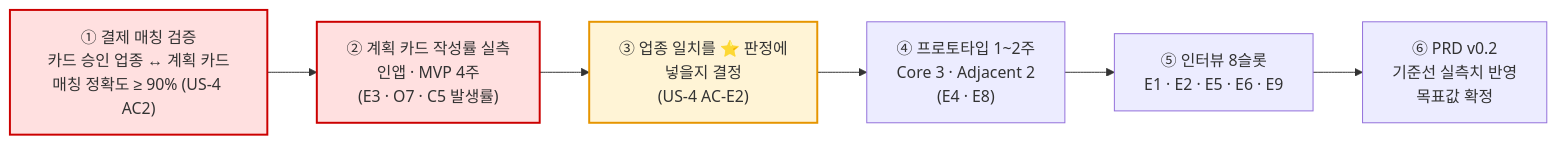
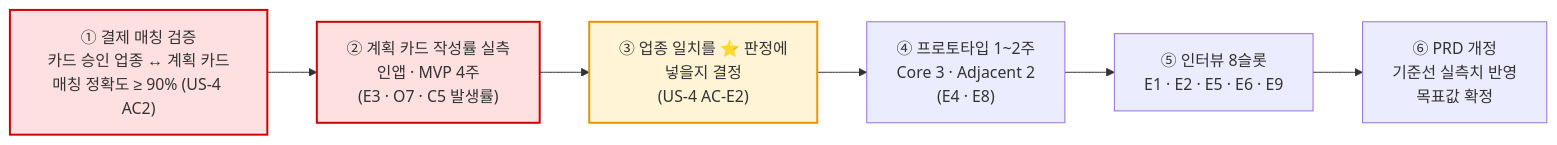
One commit to scene-one/team1_fin-friends changed the first of 5 diagrams in 공용공간/9. PRD/PRD_핀프렌즈_v0_3.md. Above: the diagram before and after it, drawn with Mermaid. The commit also changed other lines of this file and 25 other files, not shown here.

````diff
--- a/공용공간/9. PRD/PRD_핀프렌즈_v0_3.md
+++ b/공용공간/9. PRD/PRD_핀프렌즈_v0_3.md
@@ -782,12 +780,12 @@
 ```mermaid
 flowchart LR
     A["① 결제 매칭 검증<br/>카드 승인 업종 ↔ 계획 카드<br/>매칭 정확도 ≥ 90% (US-4 AC2)"] --> B["② 계획 카드 작성률 실측<br/>인앱 · MVP 4주<br/>(E3 · O7 · C5 발생률)"]
     B --> C["③ 업종 일치를 ⭐ 판정에<br/>넣을지 결정<br/>(US-4 AC-E2)"]
     C --> D["④ 프로토타입 1~2주<br/>Core 3 · Adjacent 2<br/>(E4 · E8)"]
     D --> E["⑤ 인터뷰 8슬롯<br/>E1 · E2 · E5 · E6 · E9"]
-    E --> F["⑥ PRD v0.2<br/>기준선 실측치 반영<br/>목표값 확정"]
+    E --> F["⑥ PRD 개정<br/>기준선 실측치 반영<br/>목표값 확정"]
 
     style A fill:#ffe0e0,stroke:#c00,stroke-width:2px
     style B fill:#ffe0e0,stroke:#c00,stroke-width:2px
     style C fill:#fff4d6,stroke:#e69500,stroke-width:2px
 ```
````
